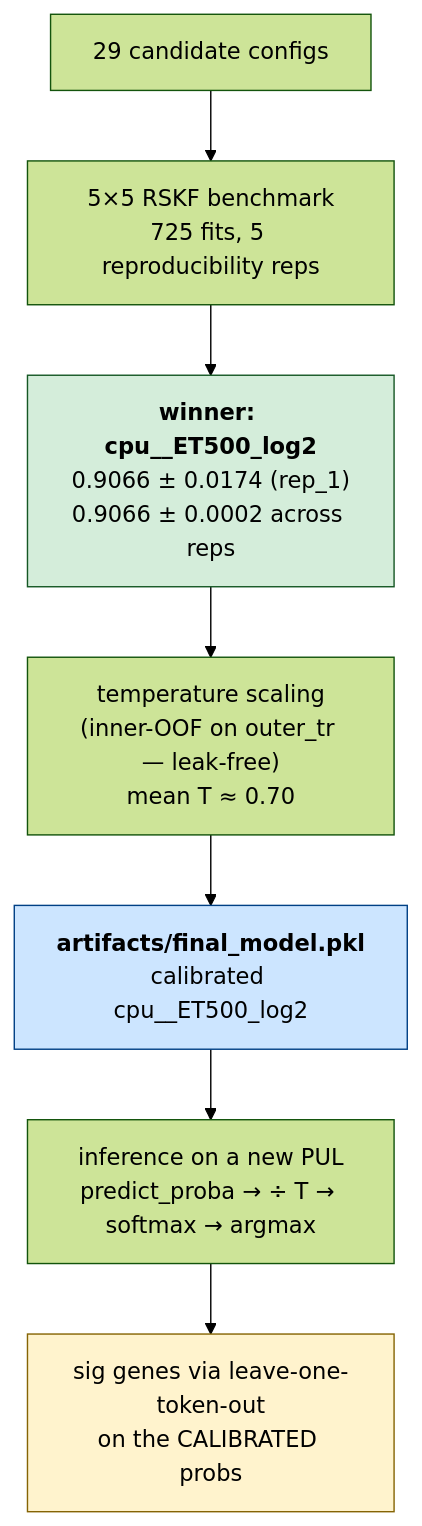
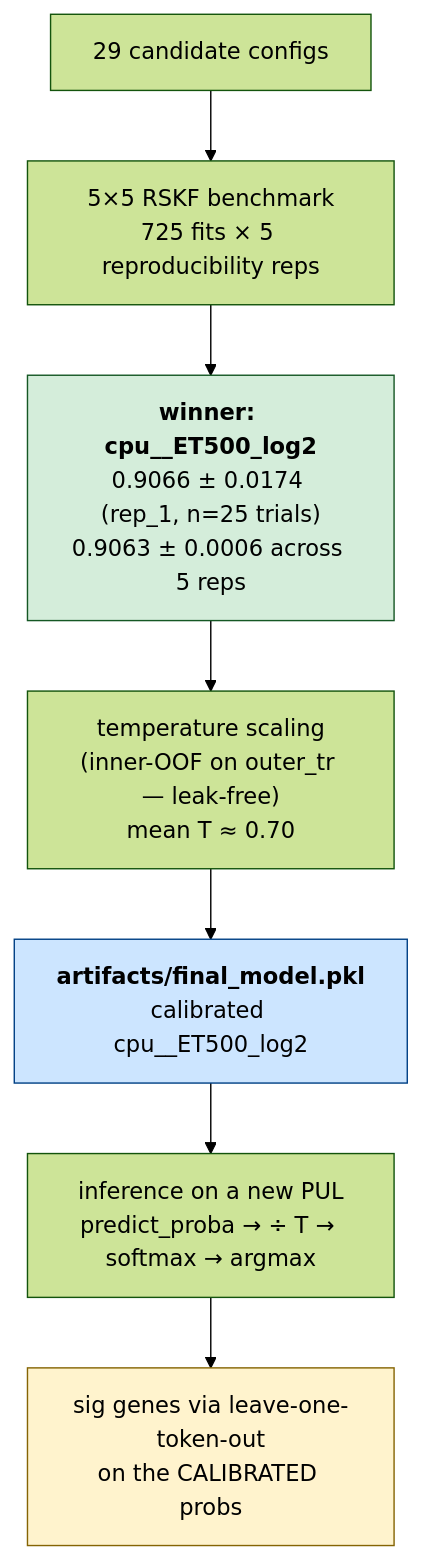
Before and after one commit to vedpiyush93-stack/subFinder_May_Release: the diagram in README.md, drawn with Mermaid (forest theme). The commit also changed other lines of this file and 10 other files, not shown here.

First line of the commit message:
Cross-rep stability: 5 reps × 25 trials, fixed splits — model uncertainty quantified

````diff
--- a/README.md
+++ b/README.md
@@ -41,12 +44,12 @@
 ```mermaid
 flowchart TD
-    A[29 candidate configs] --> B["5×5 RSKF benchmark<br/>725 fits, 5 reproducibility reps"]
-    B --> C["<b>winner: cpu__ET500_log2</b><br/>0.9066 ± 0.0174 (rep_1)<br/>0.9066 ± 0.0002 across reps"]
+    A[29 candidate configs] --> B["5×5 RSKF benchmark<br/>725 fits × 5 reproducibility reps"]
+    B --> C["<b>winner: cpu__ET500_log2</b><br/>0.9066 ± 0.0174 (rep_1, n=25 trials)<br/>0.9063 ± 0.0006 across 5 reps"]
     C --> D["temperature scaling<br/>(inner-OOF on outer_tr — leak-free)<br/>mean T ≈ 0.70"]
     D --> E["<b>artifacts/final_model.pkl</b><br/>calibrated cpu__ET500_log2"]
     E --> F["inference on a new PUL<br/>predict_proba → ÷ T → softmax → argmax"]
     F --> G["sig genes via leave-one-token-out<br/>on the CALIBRATED probs"]
     style C fill:#d4edda,stroke:#155724
     style E fill:#cce5ff,stroke:#004085
     style G fill:#fff3cd,stroke:#856404
 ```
````
